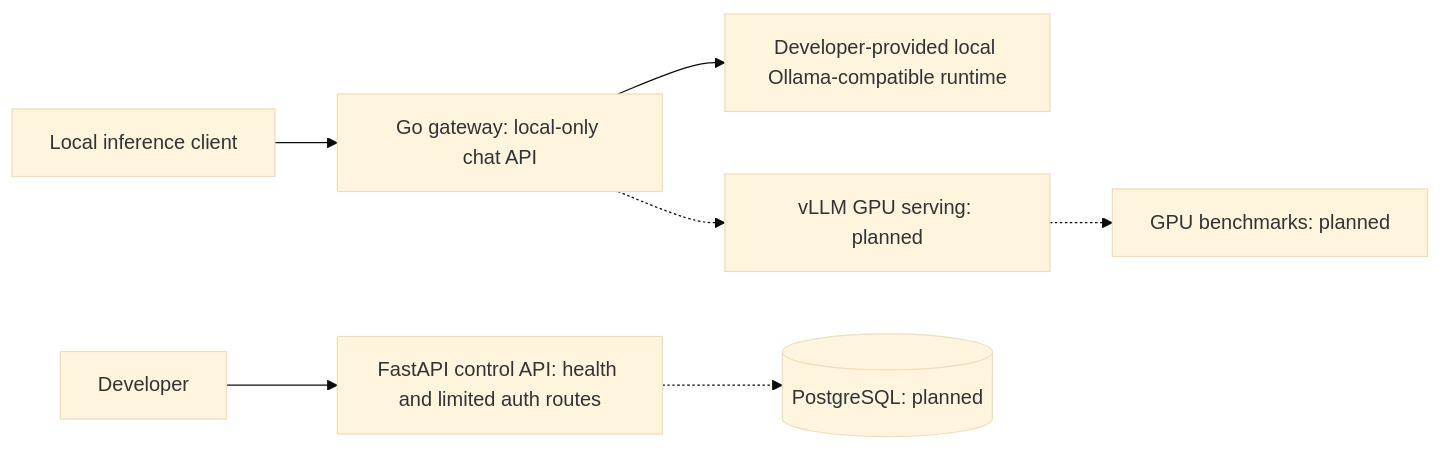
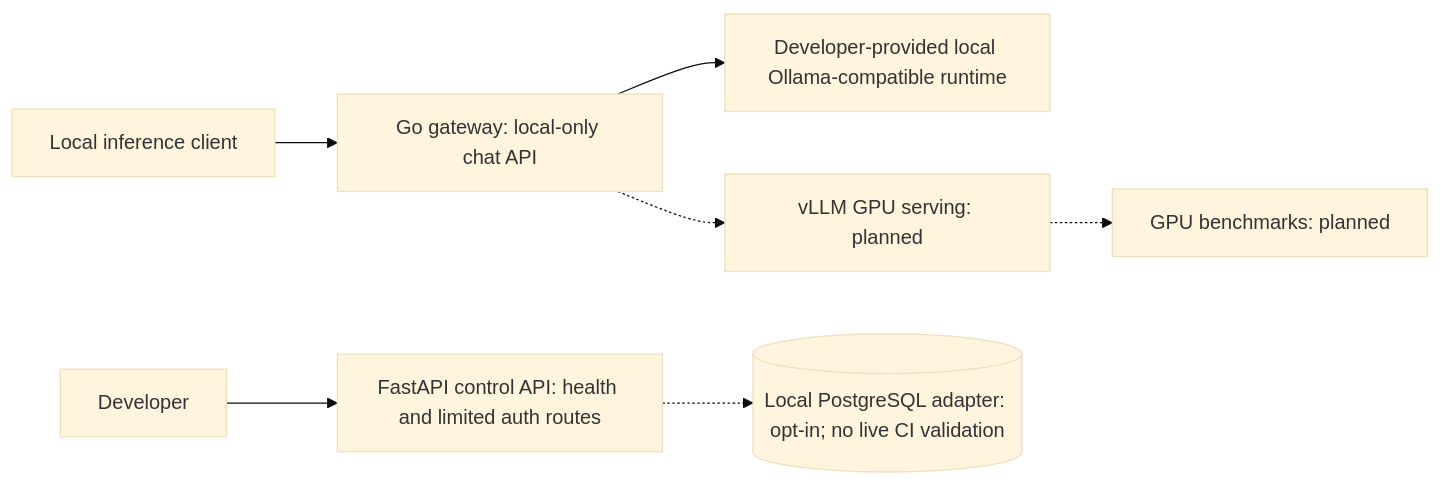
Before and after one commit to naim-munshi/metriqen-llm-serving-optimization: the diagram in README.md, drawn with Mermaid (base theme). The commit also changed other lines of this file and 8 other files, not shown here.

````diff
--- a/README.md
+++ b/README.md
@@ -52,9 +53,9 @@
 ```mermaid
 flowchart LR
     Dev[Developer] --> API[FastAPI control API: health and limited auth routes]
     Client[Local inference client] --> Gateway[Go gateway: local-only chat API]
     Gateway --> Local[Developer-provided local Ollama-compatible runtime]
     Gateway -.-> LLM[vLLM GPU serving: planned]
-    API -.-> DB[(PostgreSQL: planned)]
+    API -.-> DB[(Local PostgreSQL adapter: opt-in; no live CI validation)]
     LLM -.-> Eval[GPU benchmarks: planned]
 ```
````
